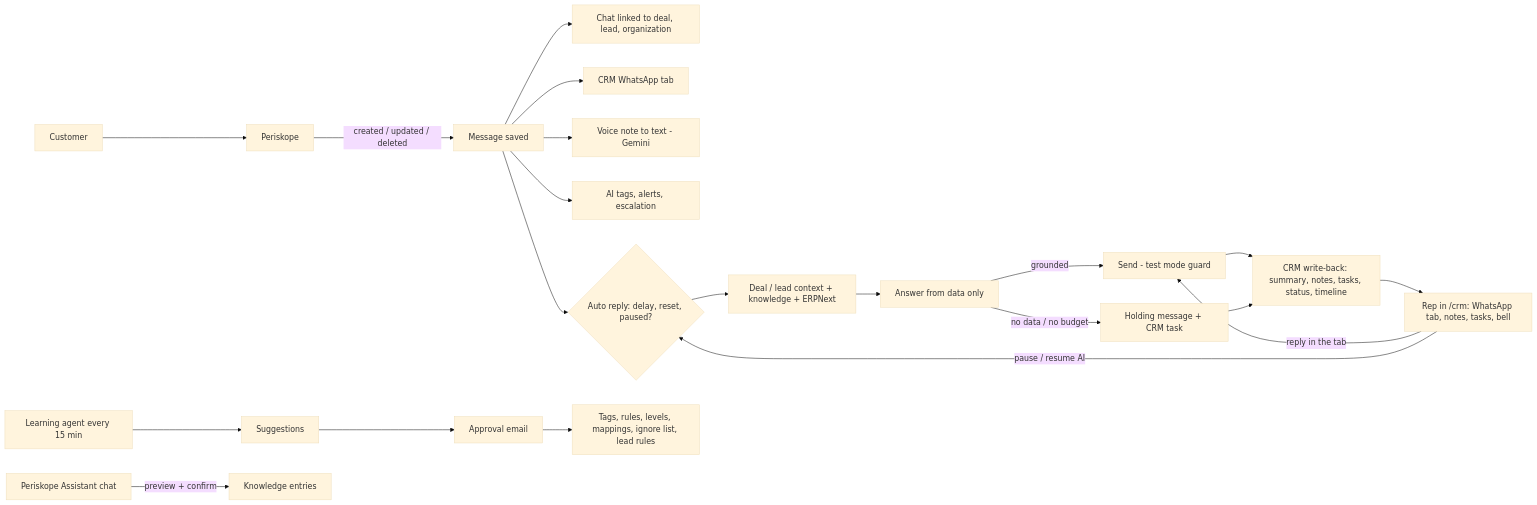
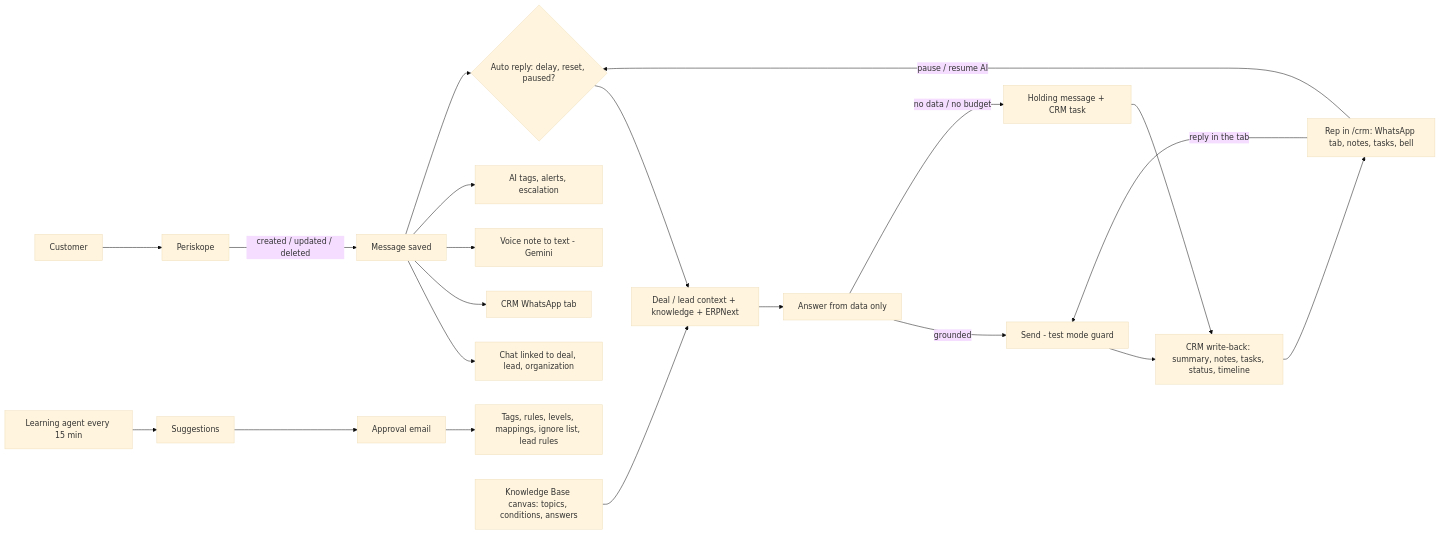
One commit to rs-rethik/Periskope-Connector changed the diagram in README.md. Above: the diagram before and after it, drawn with Mermaid (base theme). The commit also changed other lines of this file and 14 other files, not shown here.

Commit message:
feat: knowledge base canvas with topics, conditions and answers in place of the knowledge base chat

````diff
--- a/README.md
+++ b/README.md
@@ -358,20 +358,20 @@
 ```mermaid
 flowchart LR
   C[Customer] --> P[Periskope] -->|created / updated / deleted| M[Message saved]
   M --> CH[Chat linked to deal, lead, organization]
   M --> TAB[CRM WhatsApp tab]
   M --> V[Voice note to text - Gemini]
   M --> T[AI tags, alerts, escalation]
   M --> AR{Auto reply: delay, reset, paused?}
   AR --> CTX[Deal / lead context + knowledge + ERPNext]
   CTX --> ANS[Answer from data only]
   ANS -->|grounded| S[Send - test mode guard]
   ANS -->|no data / no budget| H[Holding message + CRM task]
   S --> WB[CRM write-back: summary, notes, tasks, status, timeline]
   H --> WB
   WB --> REP[Rep in /crm: WhatsApp tab, notes, tasks, bell]
   REP -->|reply in the tab| S
   REP -->|pause / resume AI| AR
   AG[Learning agent every 15 min] --> SUG[Suggestions] --> MAIL[Approval email] --> CFG[Tags, rules, levels, mappings, ignore list, lead rules]
-  KB[Periskope Assistant chat] -->|preview + confirm| KE[Knowledge entries]
+  KB[Knowledge Base canvas: topics, conditions, answers] --> CTX
 ```
````
